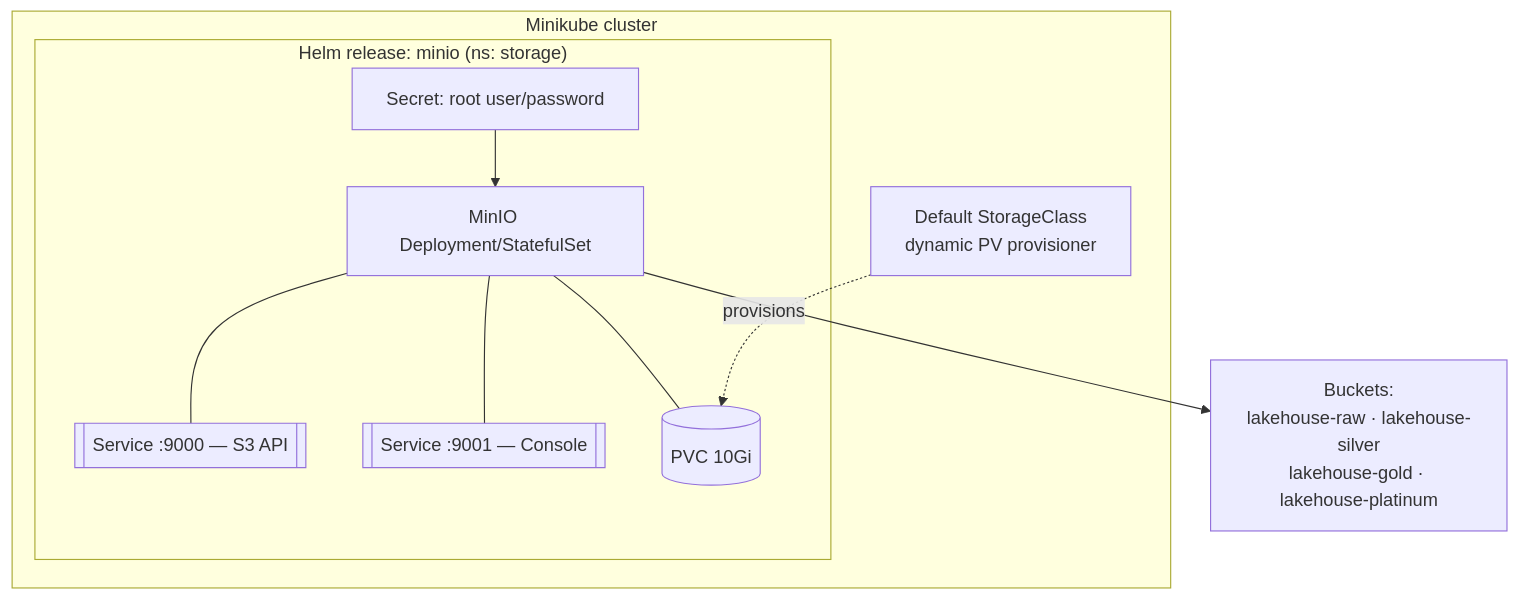
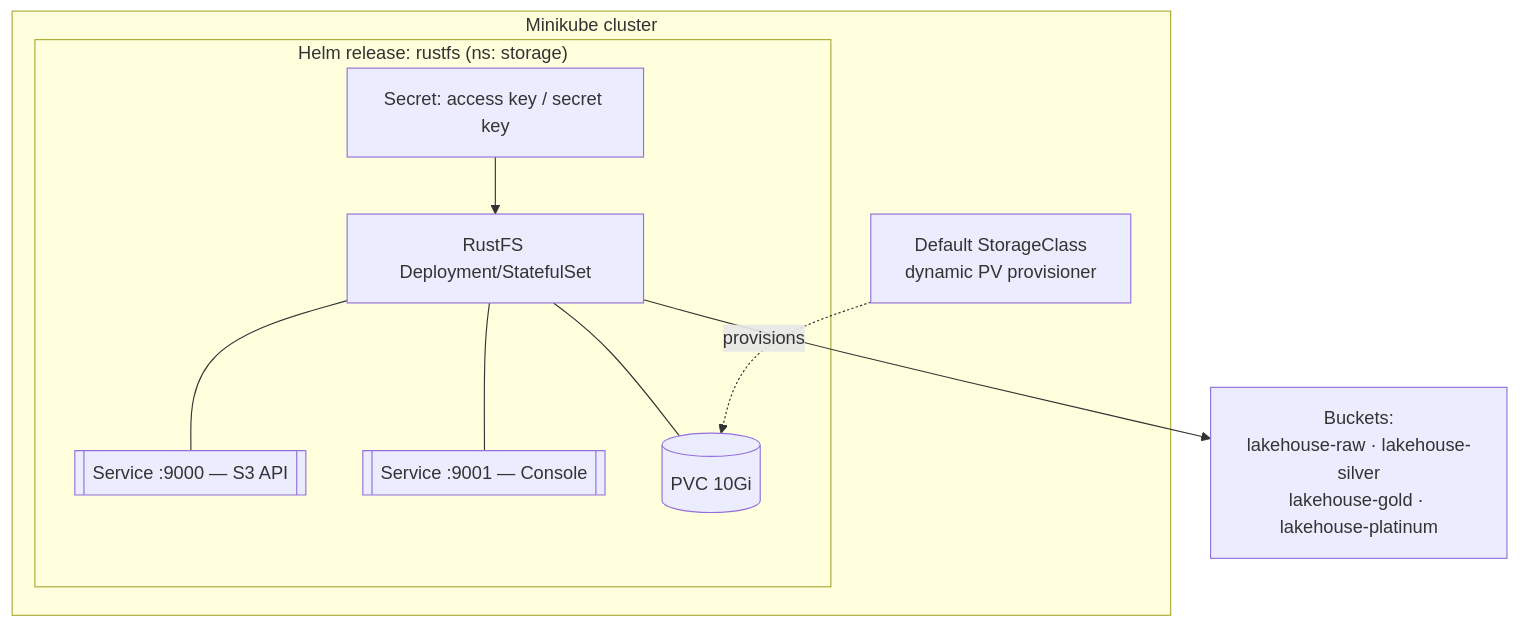
Before and after one commit to christiannarbon/open-iceberg-stack: the first of 2 diagrams in docs/tech/lld/01-foundation-storage.md, drawn with Mermaid. The commit also changed other lines of this file, not shown here.

Commit message:
update storage foundation lld to reflect rustfs

````diff
--- a/docs/tech/lld/01-foundation-storage.md
+++ b/docs/tech/lld/01-foundation-storage.md
@@ -14,20 +14,20 @@
 ```mermaid
 flowchart TB
     subgraph minikube["Minikube cluster"]
         sc[Default StorageClass<br/>dynamic PV provisioner]
-        subgraph minioRel["Helm release: minio (ns: storage)"]
-            deploy[MinIO Deployment/StatefulSet]
+        subgraph rustfsRel["Helm release: rustfs (ns: storage)"]
+            deploy[RustFS Deployment/StatefulSet]
             svcApi[[Service :9000 — S3 API]]
             svcCon[[Service :9001 — Console]]
             pvc[(PVC 10Gi)]
-            secret[Secret: root user/password]
+            secret[Secret: access key / secret key]
             deploy --- svcApi
             deploy --- svcCon
             deploy --- pvc
             secret --> deploy
         end
         sc -.provisions.-> pvc
     end
     buckets["Buckets:<br/>lakehouse-raw · lakehouse-silver<br/>lakehouse-gold · lakehouse-platinum"]
     deploy --> buckets
 ```
````
